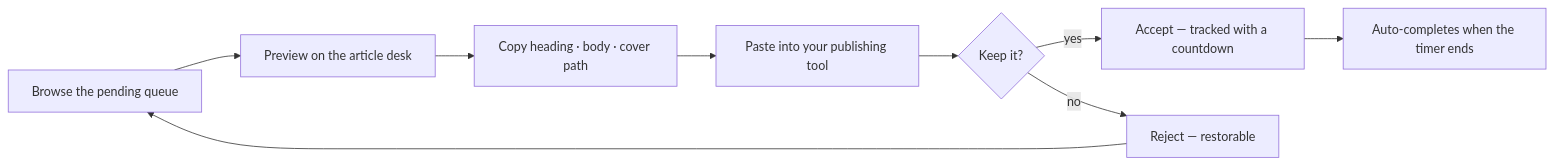
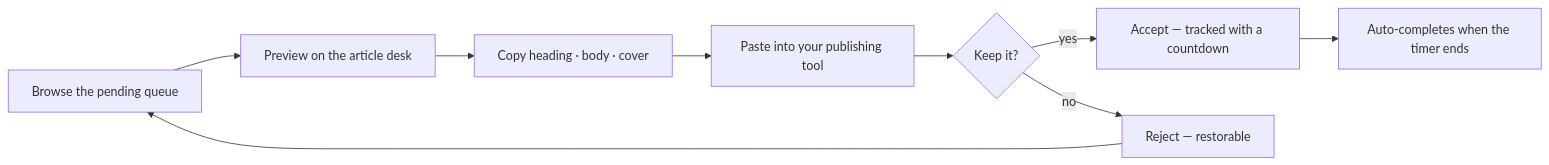
Before and after one commit to MidHunterX/News-Flow: the second of 2 diagrams in README.md, drawn with Mermaid. The commit also changed other lines of this file and 2 other files, not shown here.

First line of the commit message:
✨ feat(ui): copy the cover image itself instead of its path

````diff
--- a/README.md
+++ b/README.md
@@ -92,11 +92,11 @@
 ```mermaid
 flowchart LR
     A["Browse the pending queue"] --> B["Preview on the article desk"]
-    B --> C["Copy heading · body · cover path"]
+    B --> C["Copy heading · body · cover"]
     C --> D["Paste into your publishing tool"]
     D --> E{"Keep it?"}
     E -->|yes| F["Accept — tracked with a countdown"]
     E -->|no| G["Reject — restorable"]
     F --> H["Auto-completes when the timer ends"]
     G --> A
 ```
````
